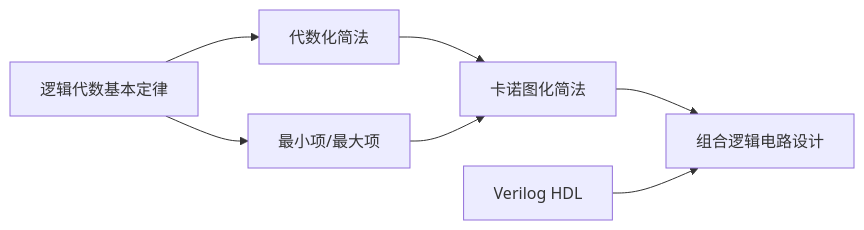
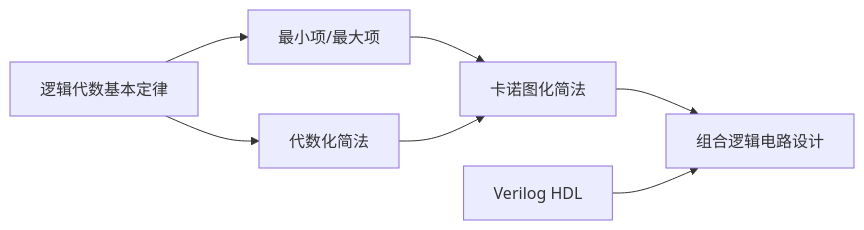
One commit to Treasoni/kaoyan changed the diagram in 考研专业课/数字电子技术/2-逻辑代数与硬件描述语言基础/📝 章节总结.md. Above: the diagram before and after it, drawn with Mermaid. The commit also changed other lines of this file and 1 other file, not shown here.

````diff
--- a/考研专业课/数字电子技术/2-逻辑代数与硬件描述语言基础/📝 章节总结.md
+++ b/考研专业课/数字电子技术/2-逻辑代数与硬件描述语言基础/📝 章节总结.md
@@ -196,9 +438,9 @@
 ```mermaid
 graph LR
     A[逻辑代数基本定律] --> B[代数化简法]
-    B --> C[卡诺图化简法]
-    A --> D[最小项/最大项]
-    D --> C
-    C --> E[组合逻辑电路设计]
+    A --> C[最小项/最大项]
+    C --> D[卡诺图化简法]
+    B --> D
+    D --> E[组合逻辑电路设计]
     F[Verilog HDL] --> E
 ```
````
